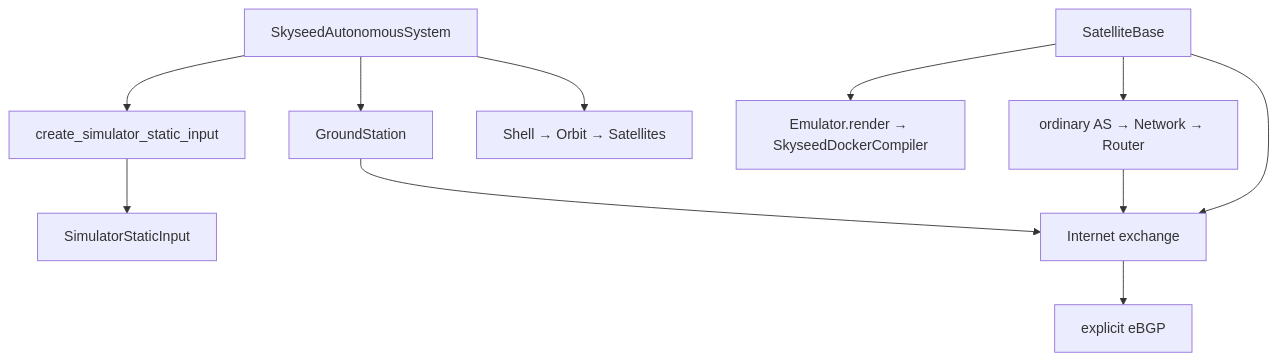
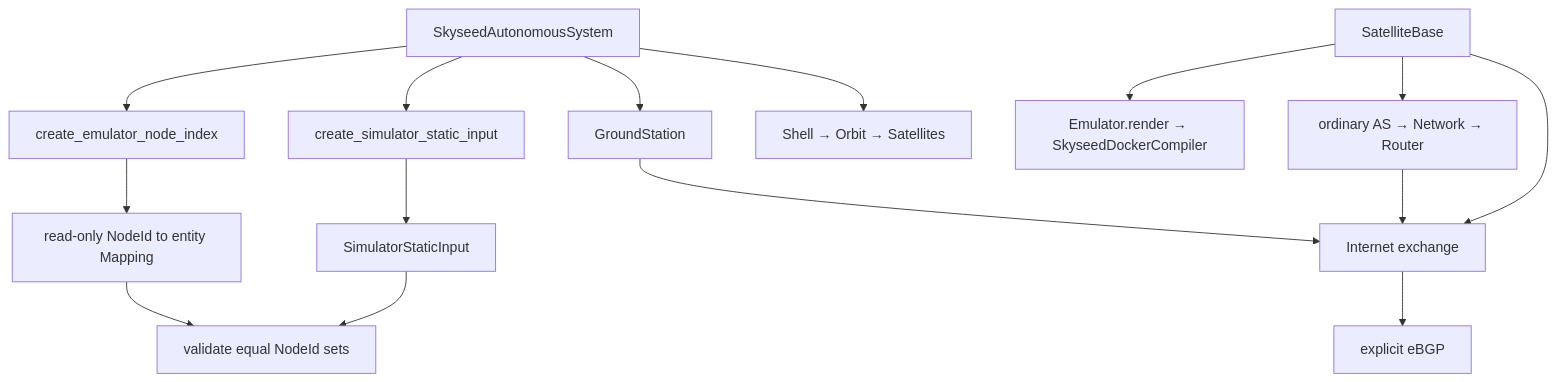
The fourth of 7 diagrams in skyseed_v2/docs/architecture/diagrams.md (seed-labs/skyseed), drawn with Mermaid before and after one commit. The commit also changed other lines of this file and 47 other files, not shown here.

````diff
--- a/skyseed_v2/docs/architecture/diagrams.md
+++ b/skyseed_v2/docs/architecture/diagrams.md
@@ -98,14 +101,18 @@
 ```mermaid
 flowchart TD
     A[SkyseedAutonomousSystem]
     A --> S[Shell → Orbit → Satellites]
     A --> G[GroundStation]
     B[SatelliteBase] --> IX[Internet exchange]
     B --> R[ordinary AS → Network → Router]
     G --> IX
     R --> IX
     IX --> P[explicit eBGP]
     A --> F[create_simulator_static_input]
     F --> I[SimulatorStaticInput]
+    A --> N[create_emulator_node_index]
+    N --> M[read-only NodeId to entity Mapping]
+    I --> V[validate equal NodeId sets]
+    M --> V
     B --> C[Emulator.render → SkyseedDockerCompiler]
 ```
````
